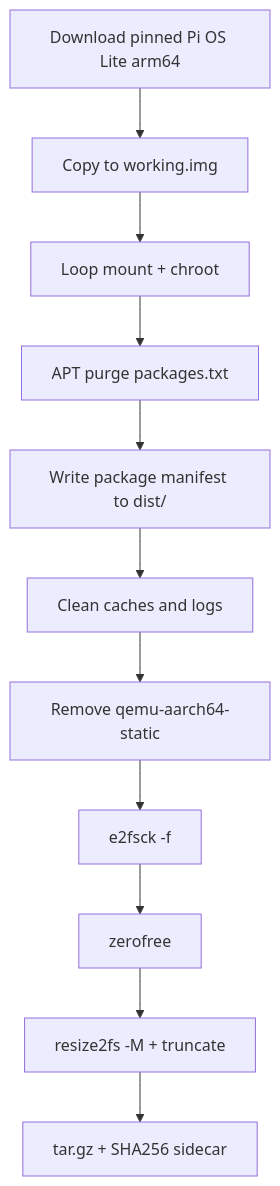
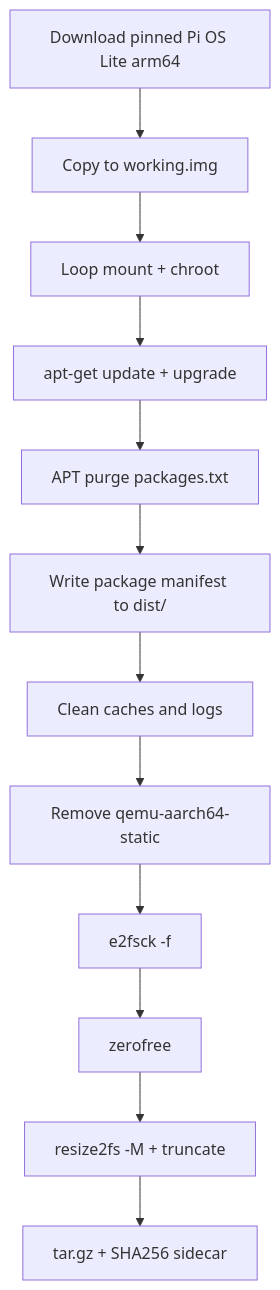
The diagram in README.md (lancerworldwide-oss/rpi5-os), drawn with Mermaid before and after one commit. The commit also changed other lines of this file and 1 other file, not shown here.

Commit message:
apt update && apt upgrade the image

````diff
--- a/README.md
+++ b/README.md
@@ -9,16 +9,17 @@
 ```mermaid
 flowchart TD
     Download["Download pinned Pi OS Lite arm64"]
     Copy["Copy to working.img"]
     Mount["Loop mount + chroot"]
+    Upgrade["apt-get update + upgrade"]
     Purge["APT purge packages.txt"]
     Manifest["Write package manifest to dist/"]
     Minimize["Clean caches and logs"]
     RemoveQemu["Remove qemu-aarch64-static"]
     Defrag["e2fsck -f"]
     Zero["zerofree"]
     Shrink["resize2fs -M + truncate"]
     Package["tar.gz + SHA256 sidecar"]
 
-    Download --> Copy --> Mount --> Purge --> Manifest --> Minimize --> RemoveQemu --> Defrag --> Zero --> Shrink --> Package
+    Download --> Copy --> Mount --> Upgrade --> Purge --> Manifest --> Minimize --> RemoveQemu --> Defrag --> Zero --> Shrink --> Package
 ```
````
